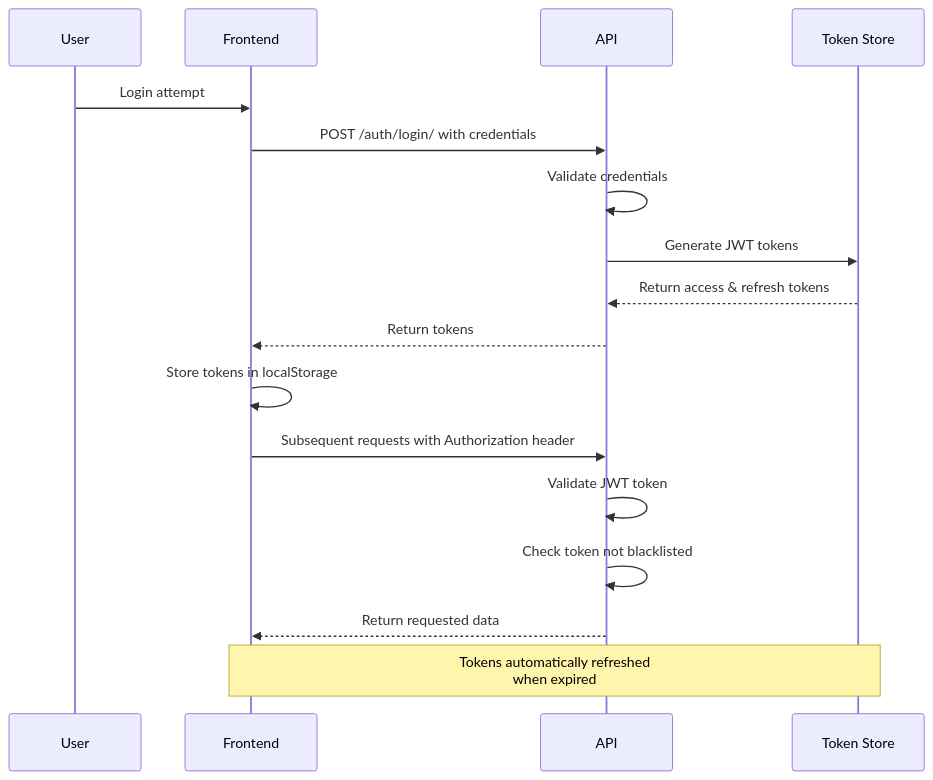
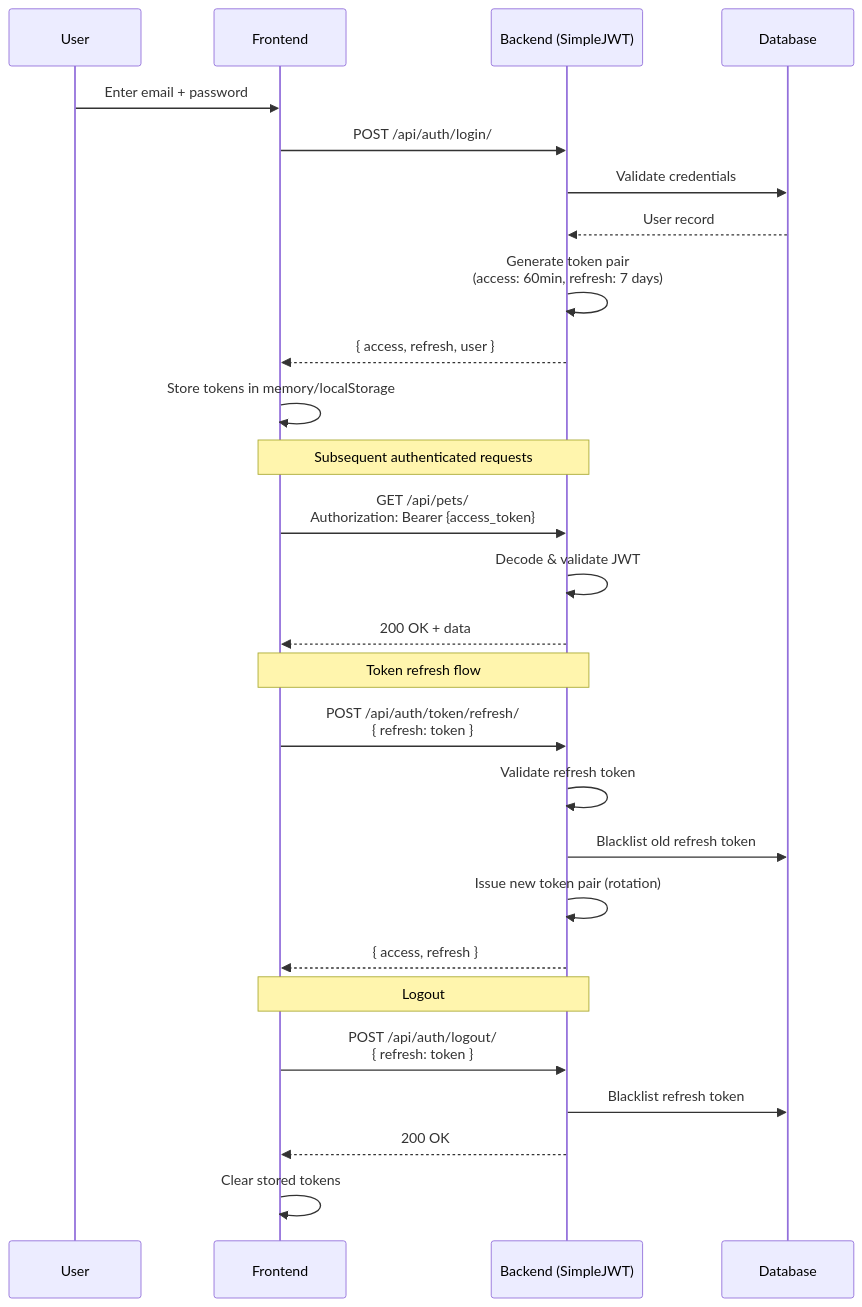
The seventh of 10 diagrams in docs/docs/architecture.md (maxi3390/happydogs-calendar), drawn with Mermaid before and after one commit. The commit also changed other lines of this file and 42 other files, not shown here.

````diff
--- a/docs/docs/architecture.md
+++ b/docs/docs/architecture.md
@@ -244,21 +379,36 @@
 ```mermaid
 sequenceDiagram
     participant U as User
     participant F as Frontend
-    participant A as API
-    participant T as Token Store
+    participant A as Backend (SimpleJWT)
+    participant D as Database
 
-    U->>F: Login attempt
-    F->>A: POST /auth/login/ with credentials
-    A->>A: Validate credentials
-    A->>T: Generate JWT tokens
-    T-->>A: Return access & refresh tokens
-    A-->>F: Return tokens
-    F->>F: Store tokens in localStorage
-    F->>A: Subsequent requests with Authorization header
-    A->>A: Validate JWT token
-    A->>A: Check token not blacklisted
-    A-->>F: Return requested data
+    U->>F: Enter email + password
+    F->>A: POST /api/auth/login/
+    A->>D: Validate credentials
+    D-->>A: User record
+    A->>A: Generate token pair<br/>(access: 60min, refresh: 7 days)
+    A-->>F: { access, refresh, user }
+    F->>F: Store tokens in memory/localStorage
 
-    Note over F,T: Tokens automatically refreshed<br/>when expired
+    Note over F,A: Subsequent authenticated requests
+
+    F->>A: GET /api/pets/<br/>Authorization: Bearer {access_token}
+    A->>A: Decode & validate JWT
+    A-->>F: 200 OK + data
+
+    Note over F,A: Token refresh flow
+
+    F->>A: POST /api/auth/token/refresh/<br/>{ refresh: token }
+    A->>A: Validate refresh token
+    A->>D: Blacklist old refresh token
+    A->>A: Issue new token pair (rotation)
+    A-->>F: { access, refresh }
+
+    Note over F,A: Logout
+
+    F->>A: POST /api/auth/logout/<br/>{ refresh: token }
+    A->>D: Blacklist refresh token
+    A-->>F: 200 OK
+    F->>F: Clear stored tokens
 ```
````
